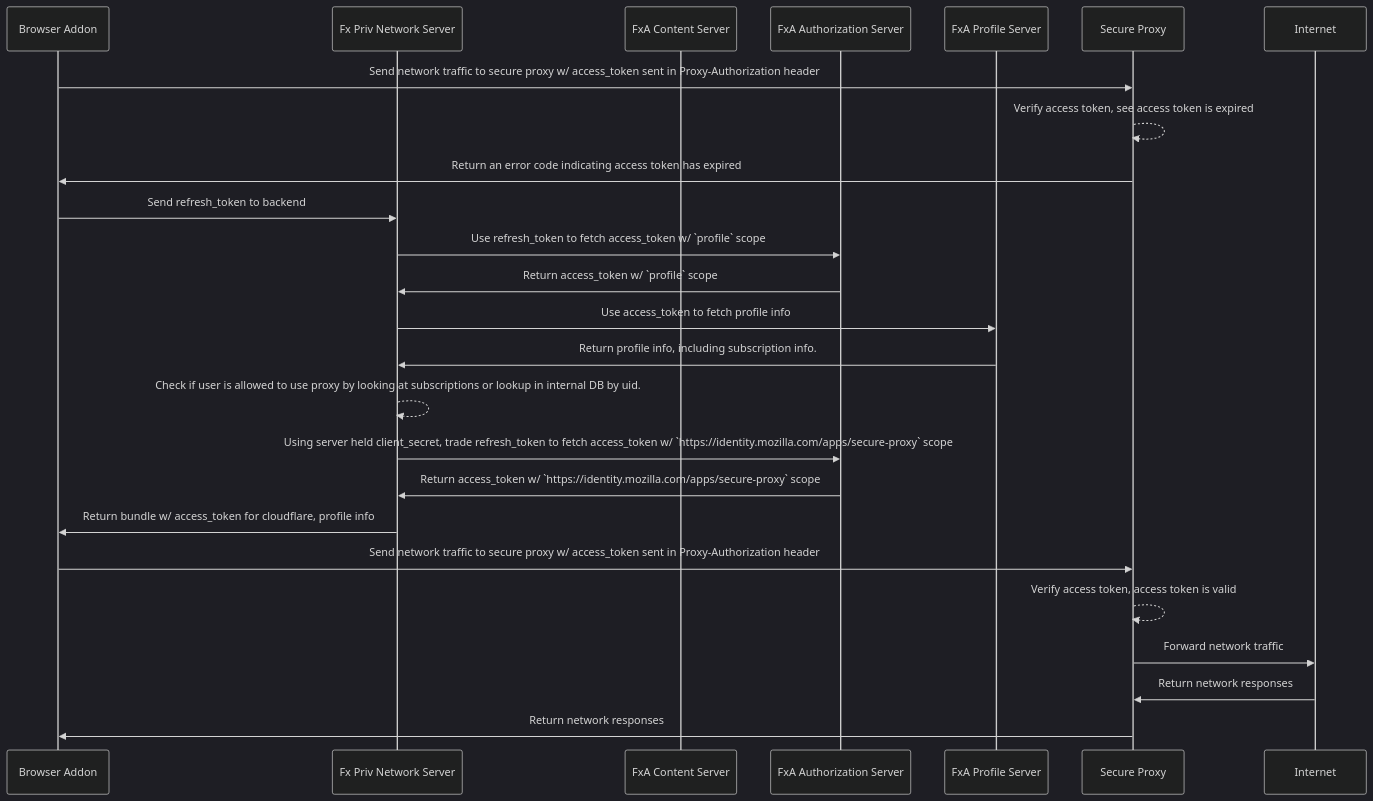
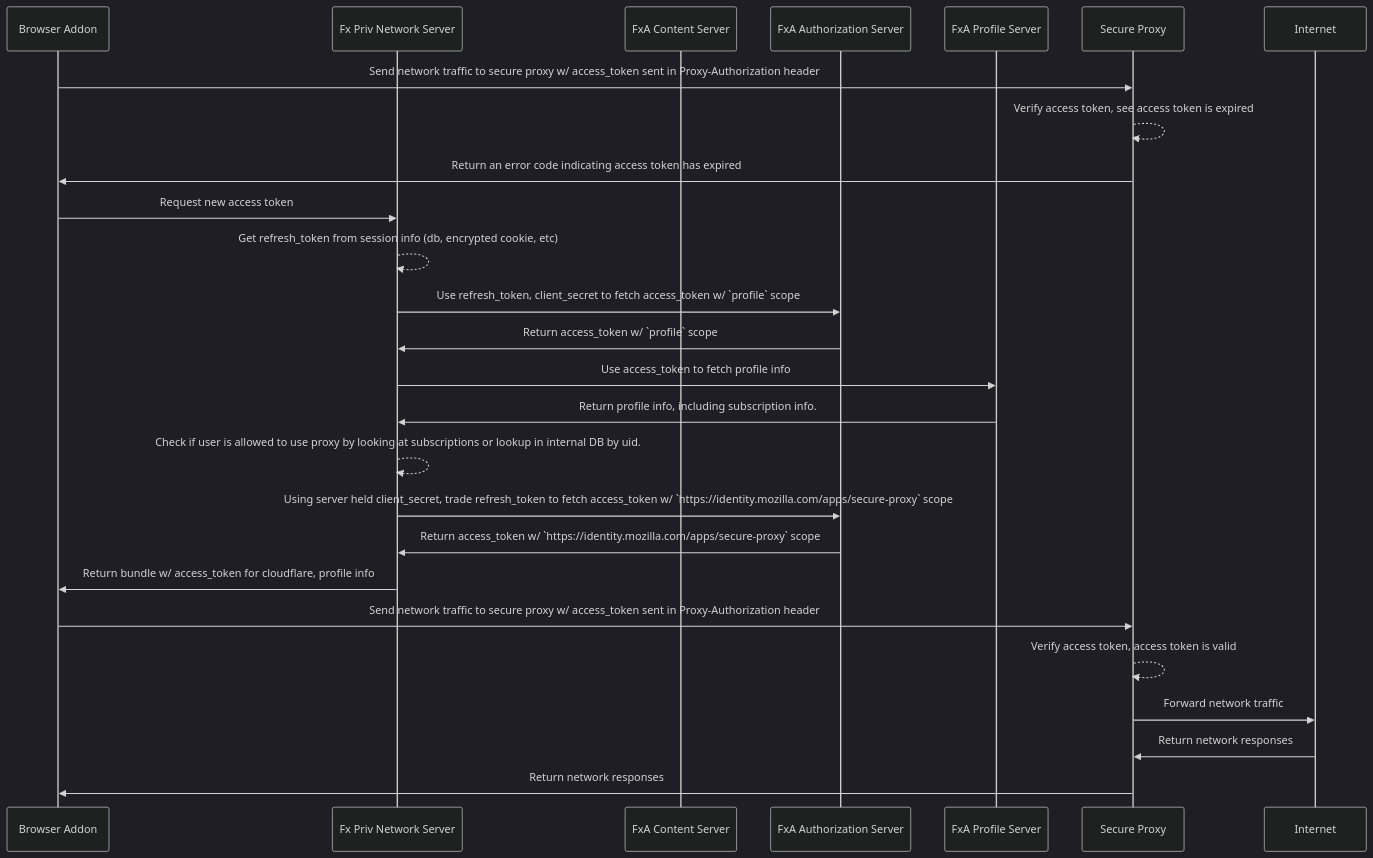
One commit to shane-tomlinson/mermaid-charts changed the diagram in charts/secure-proxy/secure-proxy-refreshing-expired-access-token-with-backend-server.mmd. Above: the diagram before and after it, drawn with Mermaid (dark theme). The commit also changed 3 other files, not shown here.

Commit message:
Update secure proxy diagrams to have backend generate state token, associate with session

```diff
--- a/charts/secure-proxy/secure-proxy-refreshing-expired-access-token-with-backend-server.mmd
+++ b/charts/secure-proxy/secure-proxy-refreshing-expired-access-token-with-backend-server.mmd
@@ -1,26 +1,27 @@
 sequenceDiagram
 participant UA as Browser Addon
 participant FPN as Fx Priv Network Server
 participant FxA as FxA Content Server
 participant FxAA as FxA Authorization Server
 participant FxAP as FxA Profile Server
 participant SP as Secure Proxy
 participant IN as Internet
 
 UA->>SP: Send network traffic to secure proxy w/ access_token sent in Proxy-Authorization header
 SP-->>SP: Verify access token, see access token is expired
 SP->>UA: Return an error code indicating access token has expired
-UA->>FPN: Send refresh_token to backend
-FPN->>FxAA: Use refresh_token to fetch access_token w/ `profile` scope
+UA->>FPN: Request new access token
+FPN-->>FPN: Get refresh_token from session info (db, encrypted cookie, etc)
+FPN->>FxAA: Use refresh_token, client_secret to fetch access_token w/ `profile` scope
 FxAA->>FPN: Return access_token w/ `profile` scope
 FPN->>FxAP: Use access_token to fetch profile info
 FxAP->>FPN: Return profile info, including subscription info.
 FPN-->>FPN: Check if user is allowed to use proxy by looking at subscriptions or lookup in internal DB by uid.
 FPN->>FxAA: Using server held client_secret, trade refresh_token to fetch access_token w/ `https://identity.mozilla.com/apps/secure-proxy` scope
 FxAA->>FPN: Return access_token w/ `https://identity.mozilla.com/apps/secure-proxy` scope
 FPN->>UA: Return bundle w/ access_token for cloudflare, profile info
 UA->>SP: Send network traffic to secure proxy w/ access_token sent in Proxy-Authorization header
 SP-->>SP: Verify access token, access token is valid
 SP->>IN: Forward network traffic
 IN->>SP: Return network responses
 SP->>UA: Return network responses
```
